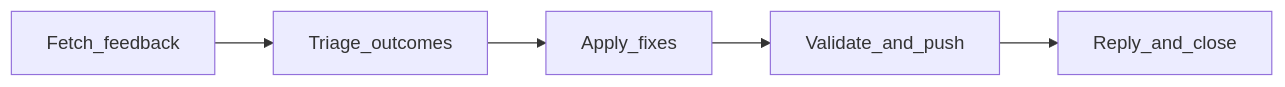
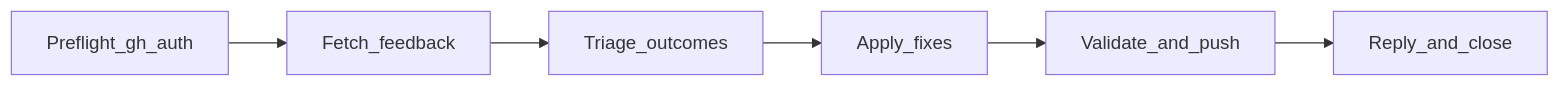
One commit to agents-repo/registry changed the diagram in packages/maiconfz/github-pr-review-triage/README.md. Above: the diagram before and after it, drawn with Mermaid. The commit also changed other lines of this file and 11 other files, not shown here.

````diff
--- a/packages/maiconfz/github-pr-review-triage/README.md
+++ b/packages/maiconfz/github-pr-review-triage/README.md
@@ -16,10 +17,11 @@
 ```mermaid
 flowchart LR
+  preflight[Preflight_gh_auth]
   fetch[Fetch_feedback]
   triage[Triage_outcomes]
   fix[Apply_fixes]
   ship[Validate_and_push]
   close[Reply_and_close]
 
-  fetch --> triage --> fix --> ship --> close
+  preflight --> fetch --> triage --> fix --> ship --> close
 ```
````
